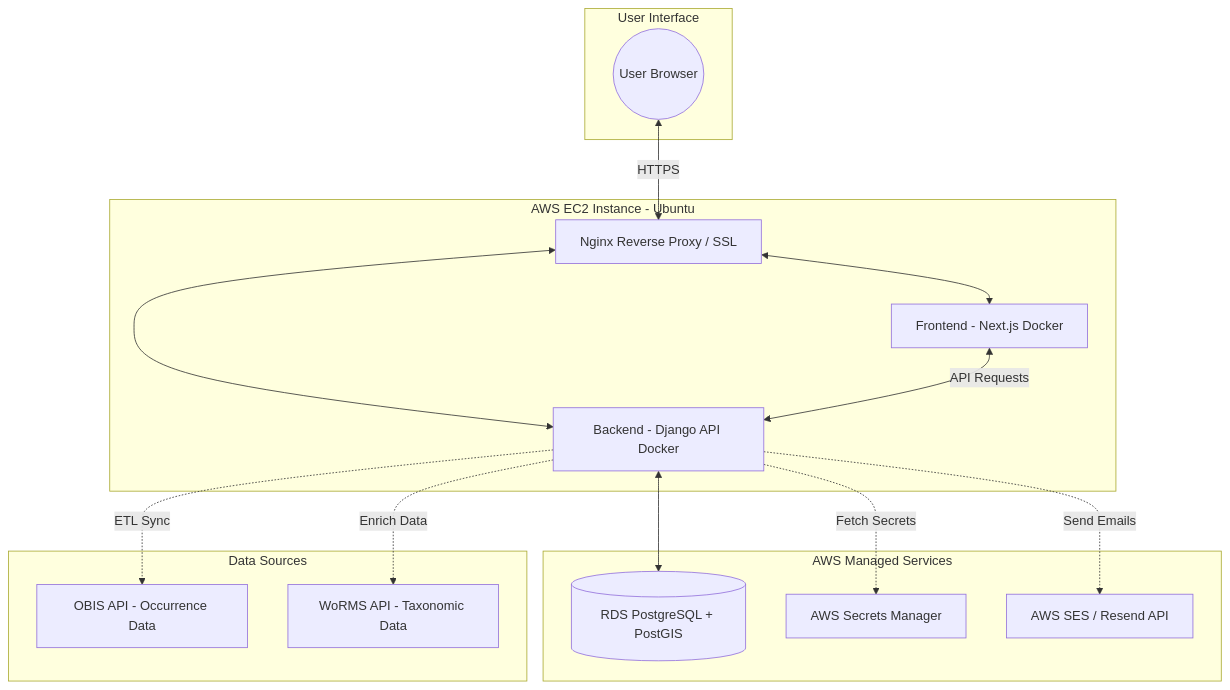
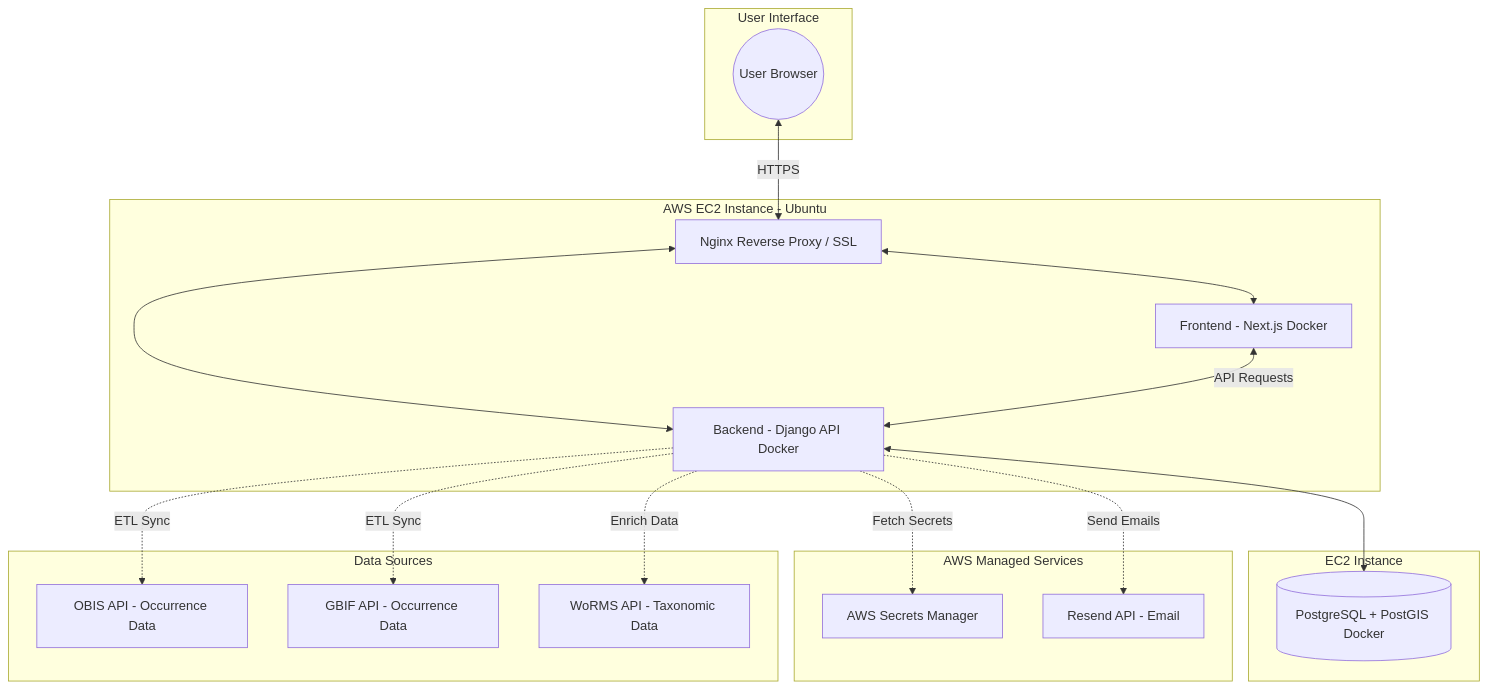
The first of 2 diagrams in README.md (kuroshio-lab/marine-species-tracker), drawn with Mermaid before and after one commit. The commit also changed other lines of this file and 6 other files, not shown here.

````diff
--- a/README.md
+++ b/README.md
@@ -9,34 +9,39 @@
 ```mermaid
 graph TD
     subgraph Client_Layer [User Interface]
         User((User Browser))
     end
 
     subgraph AWS_EC2 [AWS EC2 Instance - Ubuntu]
         Nginx[Nginx Reverse Proxy / SSL]
         Frontend[Frontend - Next.js Docker]
         Backend[Backend - Django API Docker]
     end
 
+    subgraph AWS_EC2_DB [EC2 Instance]
+        DB[(PostgreSQL + PostGIS Docker)]
+    end
+
     subgraph AWS_Managed [AWS Managed Services]
-        RDS[(RDS PostgreSQL + PostGIS)]
         Secrets[AWS Secrets Manager]
-        SES[AWS SES / Resend API]
+        SES[Resend API - Email]
     end
 
     subgraph External_APIs [Data Sources]
         OBIS[OBIS API - Occurrence Data]
+        GBIF[GBIF API - Occurrence Data]
         WoRMS[WoRMS API - Taxonomic Data]
     end
 
     %% Interactions
     User <-->|HTTPS| Nginx
     Nginx <--> Frontend
     Nginx <--> Backend
     Frontend <-->|API Requests| Backend
-    Backend <--> RDS
+    Backend <--> DB
     Backend -.->|Fetch Secrets| Secrets
     Backend -.->|Send Emails| SES
     Backend -.->|ETL Sync| OBIS
+    Backend -.->|ETL Sync| GBIF
     Backend -.->|Enrich Data| WoRMS
 ```
````
